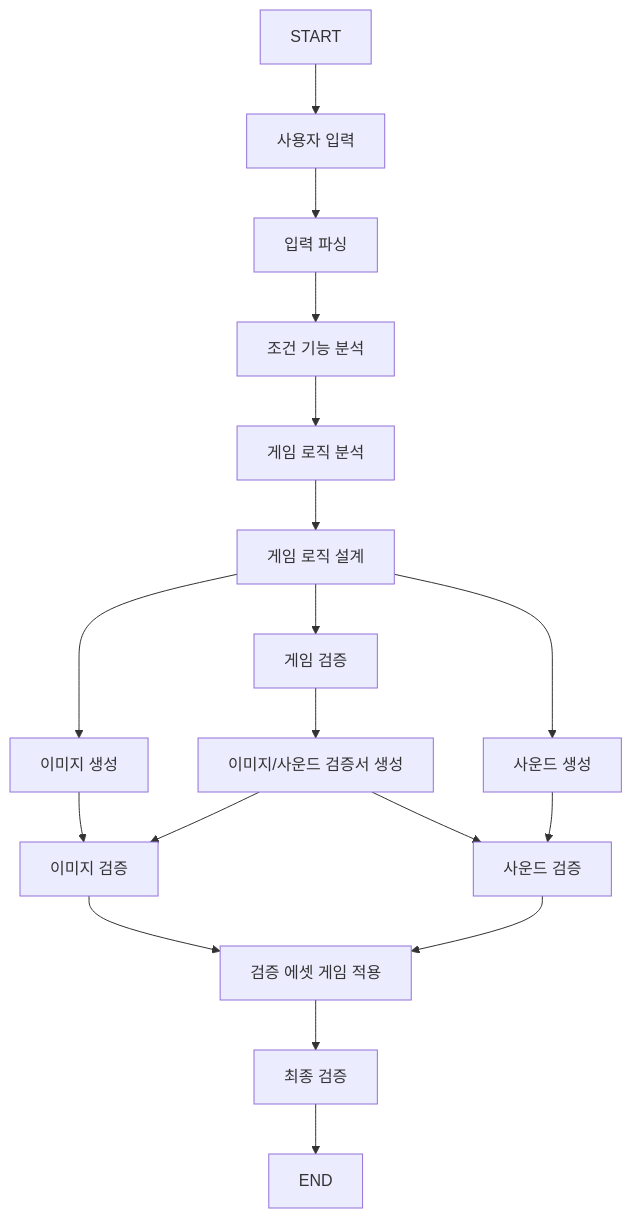
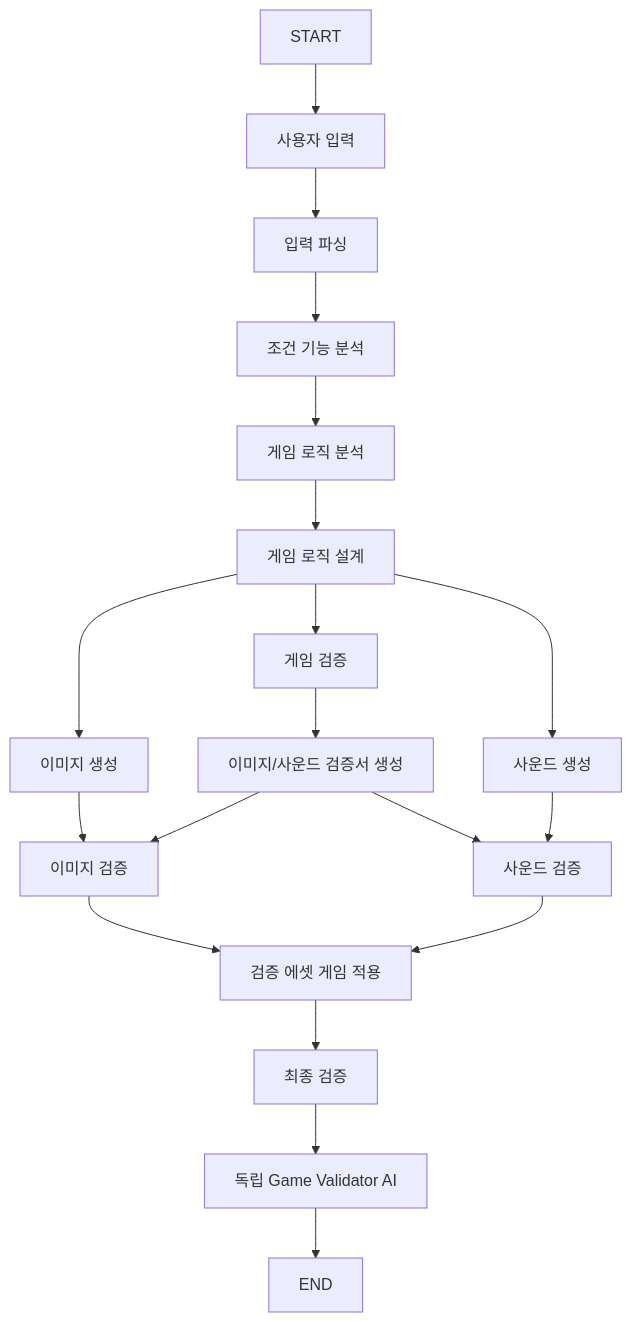
One commit to 2026-2-CapstoneTeamIdle/MainFlowChart changed the diagram in README.md. Above: the diagram before and after it, drawn with Mermaid. The commit also changed other lines of this file and 57 other files, not shown here.

````diff
--- a/README.md
+++ b/README.md
@@ -165,22 +178,23 @@
 ```mermaid
 flowchart TD
     START --> UserInput[사용자 입력]
     UserInput --> Parse[입력 파싱]
     Parse --> Analysis[조건 기능 분석]
     Analysis --> LogicAnalysis[게임 로직 분석]
 
     LogicAnalysis --> GameDesign[게임 로직 설계]
 
     GameDesign --> ImageGen[이미지 생성]
     GameDesign --> GameValidate[게임 검증]
     GameDesign --> SoundGen[사운드 생성]
     GameValidate --> AssetSpec[이미지/사운드 검증서 생성]
     ImageGen --> ImageValidate[이미지 검증]
     AssetSpec --> ImageValidate
     SoundGen --> SoundValidate[사운드 검증]
     AssetSpec --> SoundValidate
     ImageValidate --> ApplyAssets[검증 에셋 게임 적용]
     SoundValidate --> ApplyAssets
     ApplyAssets --> FinalValidate[최종 검증]
-    FinalValidate --> END
+    FinalValidate --> ValidatorAI[독립 Game Validator AI]
+    ValidatorAI --> END
 ```
````
